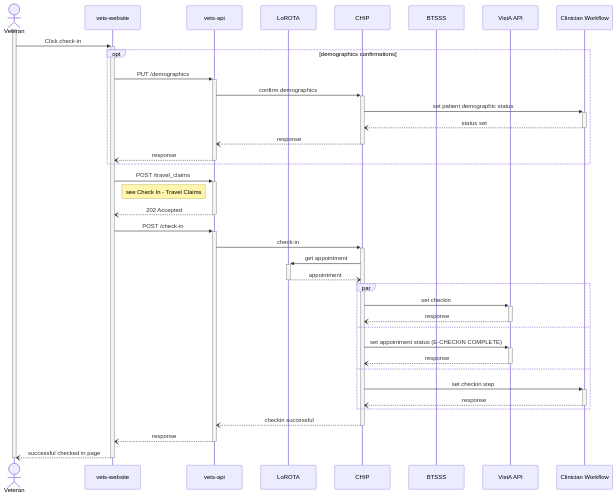
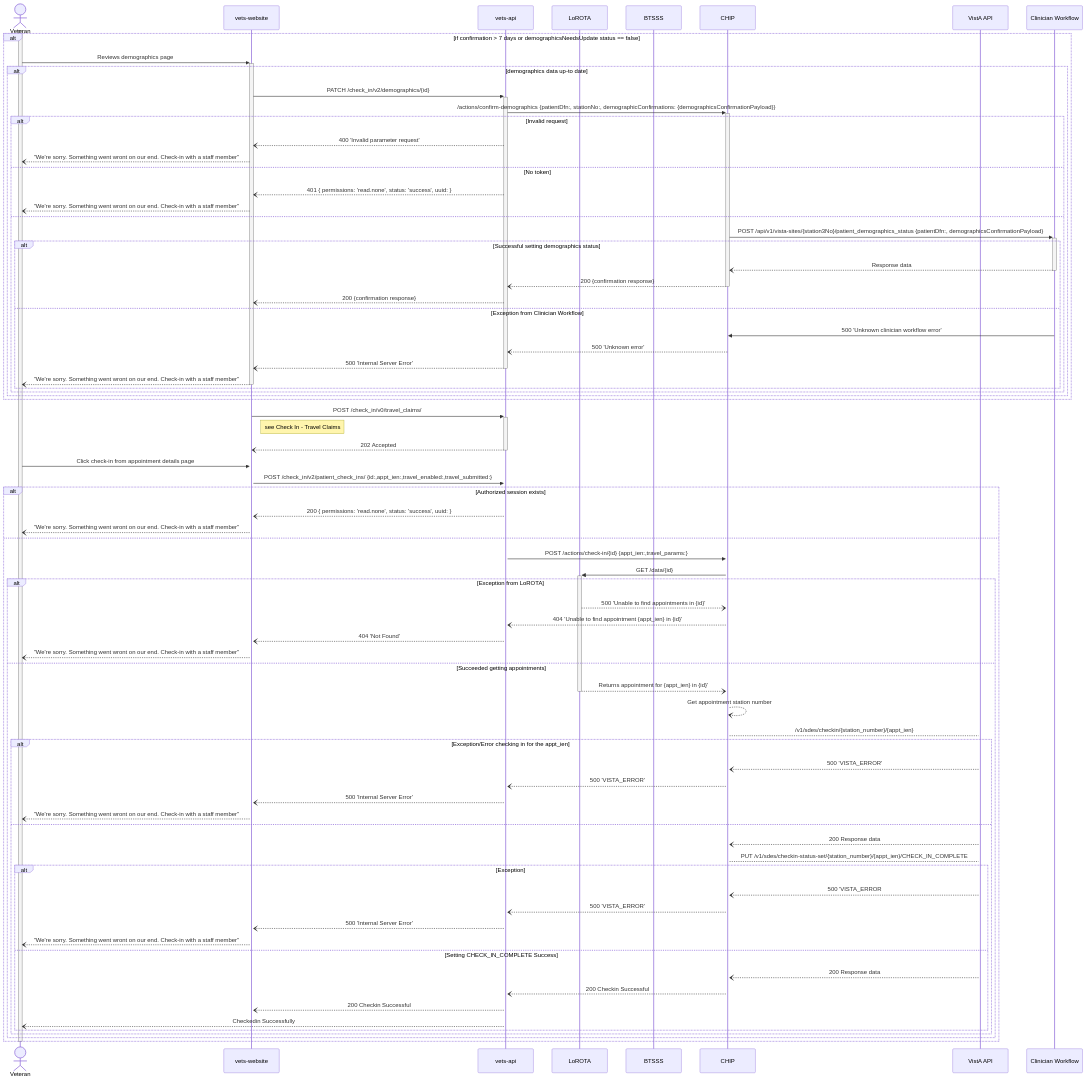
One commit to department-of-veterans-affairs/va.gov-team changed the fifth of 5 diagrams in products/health-care/checkin/engineering/architecture-diagrams/sequenceDiagram_checkInExp.md. Above: the diagram before and after it, drawn with Mermaid.

Commit message:
Updating sequence diagram for check-in workflow

````diff
--- a/products/health-care/checkin/engineering/architecture-diagrams/sequenceDiagram_checkInExp.md
+++ b/products/health-care/checkin/engineering/architecture-diagrams/sequenceDiagram_checkInExp.md
@@ -302,43 +302,82 @@
 ```mermaid
 sequenceDiagram
     actor vet as Veteran
     participant web as vets-website
     participant api as vets-api
     participant l as LoROTA
+    participant btsss as BTSSS
     participant c as CHIP
-    participant btsss as BTSSS
     participant va as VistA API
     participant cw as Clinician Workflow
 
     activate vet
-    vet->>+web: Click check-in
-    opt demographics confirmations
-        web->>+api: PUT /demographics
-        api->>+c: confirm demographics
-        c->>+cw: set patient demographic status
-        cw--)-c: status set
-        c--)-api: response
-        api--)-web: response
+    alt if confirmation > 7 days or demographicsNeedsUpdate status == false
+        vet->>+web: Reviews demographics page
+        alt demographics data up-to date
+            web->>+api: PATCH /check_in/v2/demographics/{id}
+            api->>+c: /actions/confirm-demographics {patientDfn:, stationNo:, demographicConfirmations: {demographicsConfirmationPayload}}
+            alt Invalid request
+                api--)web: 400 'Invalid parameter request'
+                web--)vet: "We're sorry. Something went wront on our end. Check-in with a staff member"
+            else No token
+                api--)web: 401 { permissions: 'read.none', status: 'success', uuid: }
+                web--)vet: "We're sorry. Something went wront on our end. Check-in with a staff member"
+            else 
+                c->>+cw: POST /api/v1/vista-sites/{station3No}/patient_demographics_status {patientDfn:, demographicsConfirmationPayload}
+                alt Successful setting demographics status
+                    cw--)-c: Response data
+                    c--)-api: 200 {confirmation response}
+                    api--)web: 200 {confirmation response}
+                else Exception from Clinician Workflow
+                    cw->>c: 500 'Unknown clinician workflow error'
+                    c--)api: 500 'Unknown error'
+                    api--)-web: 500 'Internal Server Error'
+                    web--)-vet: "We're sorry. Something went wront on our end. Check-in with a staff member"
+                end
+            end
+        end
     end
-    web->>+api: POST /travel_claims
+    web->>+api: POST /check_in/v0/travel_claims/
     note right of web: see Check In - Travel Claims
     api--)-web: 202 Accepted
-    web->>+api: POST /check-in
-    api->>+c: check-in
-    c->>+l: get appointment
-    l--)-c: appointment
-    par
-        c->>+va: set checkin
-        va--)-c: response
-    and
-        c->>+va: set appointment status (E-CHECKIN COMPLETE)
-        va--)-c: response
-    and
-        c->>+cw: set checkin step
-        cw--)-c: response
+    vet->>+web: Click check-in from appointment details page
+    web->>+api: POST /check_in/v2/patient_check_ins/ {id:,appt_ien:,travel_enabled:,travel_submitted:}
+    alt Authorized session exists
+        api--)web: 200 { permissions: 'read.none', status: 'success', uuid: }
+        web--)vet: "We're sorry. Something went wront on our end. Check-in with a staff member"
+    else
+        api->>+c: POST /actions/check-in/{id} {appt_ien:,travel_params:}
+        c->>+l: GET /data/{id}
+        alt Exception from LoROTA
+            l--)c: 500 'Unable to find appointments in {id}'
+            c--)api: 404 'Unable to find appointment {appt_ien} in {id}'
+            api--)web: 404 'Not Found'
+            web--)vet: "We're sorry. Something went wront on our end. Check-in with a staff member"
+        else Succeeded getting appointments
+            l--)-c: Returns appointment for {appt_ien} in {id}'
+            c--)c: Get appointment station number
+            c-->+va: /v1/sdes/checkin/{station_number}/{appt_ien}
+            alt Exception/Error checking in for the appt_ien
+                va--)c: 500 'VISTA_ERROR'
+                c--)api: 500 'VISTA_ERROR'
+                api--)web: 500 'Internal Server Error'
+                web--)vet: "We're sorry. Something went wront on our end. Check-in with a staff member"
+            else
+                va--)c: 200 Response data
+                c-->+va: PUT /v1/sdes/checkin-status-set/{station_number}/{appt_ien}/CHECK_IN_COMPLETE
+                alt Exception
+                    va--)c: 500 'VISTA_ERROR
+                    c--)api: 500 'VISTA_ERROR'
+                    api--)web: 500 'Internal Server Error'
+                    web--)vet: "We're sorry. Something went wront on our end. Check-in with a staff member"
+                else Setting CHECK_IN_COMPLETE Success
+                    va--)c: 200 Response data
+                    c--)api: 200 Checkin Successful
+                    api--)web: 200 Checkin Successful
+                    api--)vet: Checkedin Successfully
+                end
+            end
+        end
     end
-    c--)-api: checkin successful
-    api--)-web: response
-    web--)-vet: successful checked in page
     deactivate vet
 ```
````
